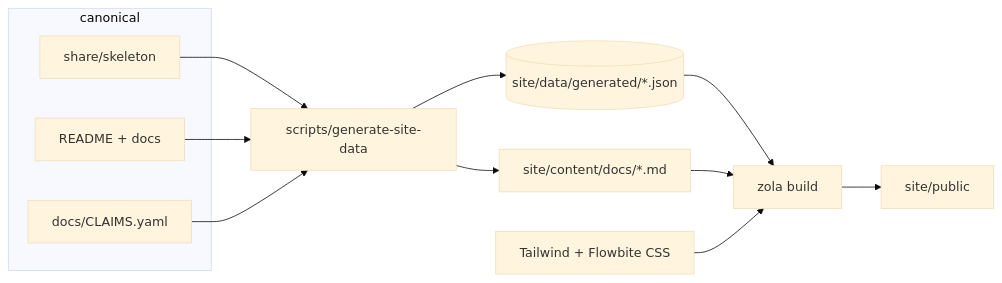
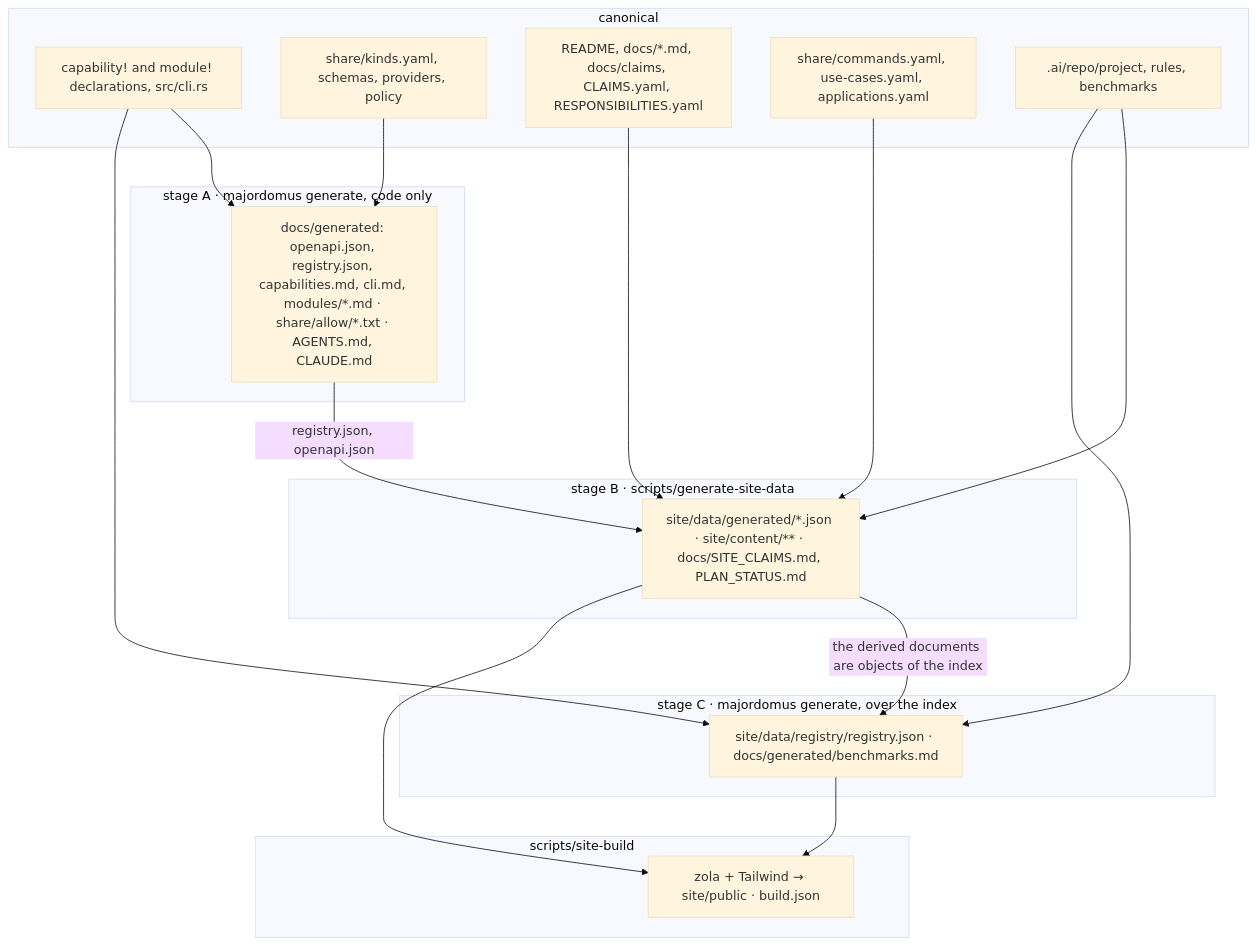
Before and after one commit to korczis/prismatic-majordomus: the diagram in docs/GITHUB_PAGES_ARCHITECTURE.md, drawn with Mermaid (base theme). The commit also changed other lines of this file and 16 other files, not shown here.

````diff
--- a/docs/GITHUB_PAGES_ARCHITECTURE.md
+++ b/docs/GITHUB_PAGES_ARCHITECTURE.md
@@ -35,23 +48,33 @@
 ```mermaid
-flowchart LR
+flowchart TB
     subgraph canonical
-        A[share/skeleton]
-        B[README + docs]
-        C[docs/CLAIMS.yaml]
+        R[capability! and module! declarations, src/cli.rs]
+        K[share/kinds.yaml, schemas, providers, policy]
+        D[README, docs/*.md, docs/claims, CLAIMS.yaml, RESPONSIBILITIES.yaml]
+        C[share/commands.yaml, use-cases.yaml, applications.yaml]
+        P[.ai/repo/project, rules, benchmarks]
     end
-    G[scripts/generate-site-data]
-    D[(site/data/generated/*.json)]
-    K[site/content/docs/*.md]
-    Z[zola build]
-    T[Tailwind + Flowbite CSS]
-    P[site/public]
-    A --> G
-    B --> G
-    C --> G
-    G --> D
-    G --> K
-    D --> Z
-    K --> Z
-    T --> Z
-    Z --> P
+    subgraph stageA[stage A · majordomus generate, code only]
+        GA[docs/generated: openapi.json, registry.json, capabilities.md, cli.md, modules/*.md · share/allow/*.txt · AGENTS.md, CLAUDE.md]
+    end
+    subgraph stageB[stage B · scripts/generate-site-data]
+        GB[site/data/generated/*.json · site/content/** · docs/SITE_CLAIMS.md, PLAN_STATUS.md]
+    end
+    subgraph stageC[stage C · majordomus generate, over the index]
+        GC[site/data/registry/registry.json · docs/generated/benchmarks.md]
+    end
+    subgraph build[scripts/site-build]
+        Z[zola + Tailwind → site/public · build.json]
+    end
+    R --> GA
+    K --> GA
+    D --> GB
+    C --> GB
+    P --> GB
+    GA -->|registry.json, openapi.json| GB
+    R --> GC
+    P --> GC
+    GB -->|the derived documents are objects of the index| GC
+    GB --> Z
+    GC --> Z
 ```
````
